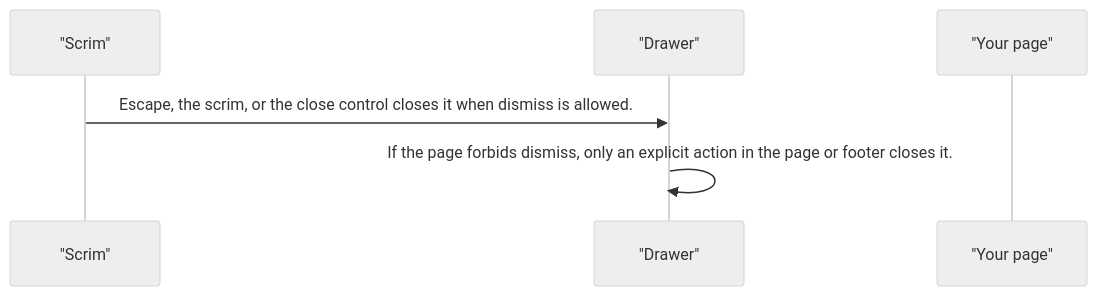
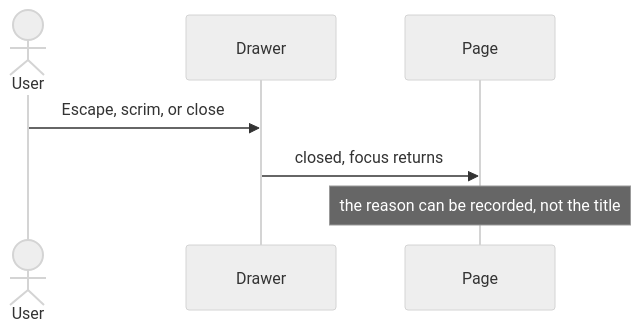
One commit to RajshekharBorate/pixel-ui changed the third of 3 diagrams in projects/pixel-ui/src/lib/pixel-drawer/DESIGN.md. Above: the diagram before and after it, drawn with Mermaid (neutral theme). The commit also changed other lines of this file and 73 other files, not shown here.

Commit message:
Explain who owns each value and what each flow does in every component and service design.

````diff
--- a/projects/pixel-ui/src/lib/pixel-drawer/DESIGN.md
+++ b/projects/pixel-ui/src/lib/pixel-drawer/DESIGN.md
@@ -60,8 +72,9 @@
 ```mermaid
 sequenceDiagram
-  participant scrim as "Scrim"
-  participant drawer as "Drawer"
-  participant page as "Your page"
-  scrim->>drawer: Escape, the scrim, or the close control closes it when dismiss is allowed.
-  drawer->>drawer: If the page forbids dismiss, only an explicit action in the page or footer closes it.
+  actor User
+  participant Drawer
+  participant Page
+  User->>Drawer: Escape, scrim, or close
+  Drawer->>Page: closed, focus returns
+  Note over Page: the reason can be recorded, not the title
 ```
````
